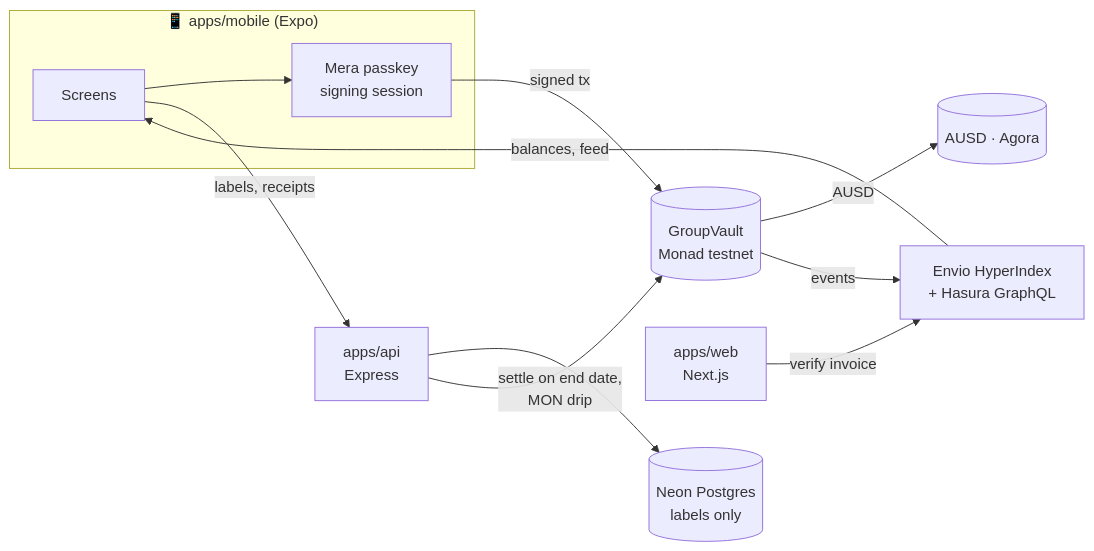
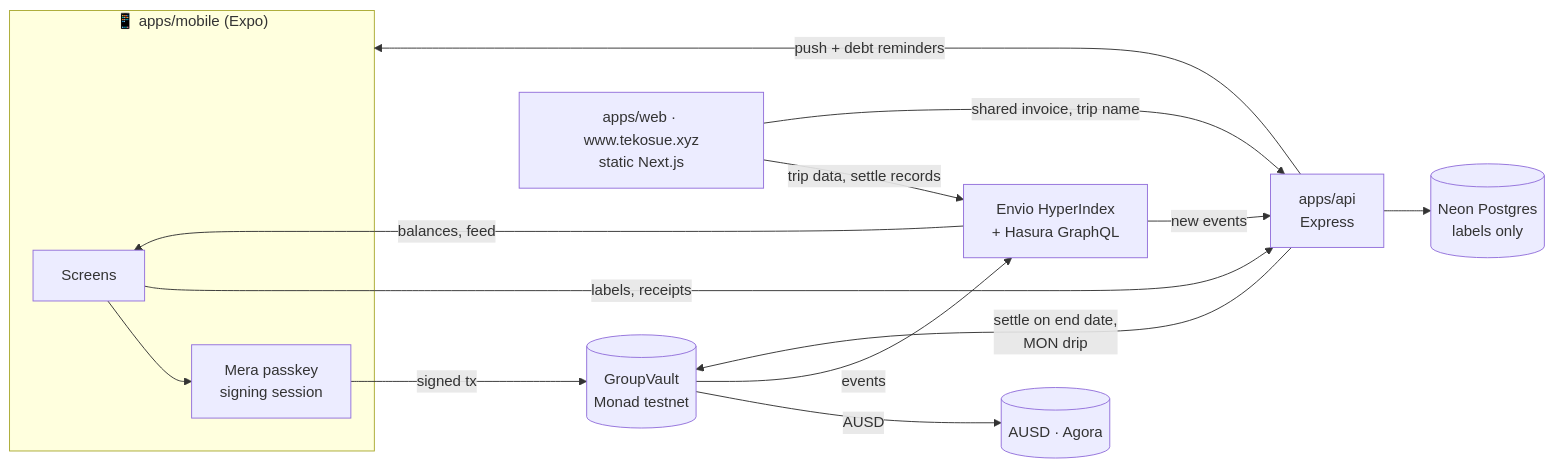
The second of 2 diagrams in README.md (sewunodetech/tekosoe), drawn with Mermaid before and after one commit. The commit also changed other lines of this file and 24 other files, not shown here.

````diff
--- a/README.md
+++ b/README.md
@@ -195,14 +201,17 @@
 ```mermaid
 flowchart LR
     subgraph Phone["📱 apps/mobile (Expo)"]
       UI[Screens] --> Mera[Mera passkey<br/>signing session]
     end
     Mera -- signed tx --> Vault[(GroupVault<br/>Monad testnet)]
     Vault -- AUSD --> AUSD[(AUSD · Agora)]
     Vault -- events --> Envio[Envio HyperIndex<br/>+ Hasura GraphQL]
     Envio -- balances, feed --> UI
     UI -- labels, receipts --> API[apps/api<br/>Express]
     API --> DB[(Neon Postgres<br/>labels only)]
     API -- settle on end date,<br/>MON drip --> Vault
-    Web[apps/web<br/>Next.js] -- verify invoice --> Envio
+    Envio -- new events --> API
+    API -- push + debt reminders --> Phone
+    Web[apps/web · www.tekosue.xyz<br/>static Next.js] -- trip data, settle records --> Envio
+    Web -- shared invoice, trip name --> API
 ```
````
